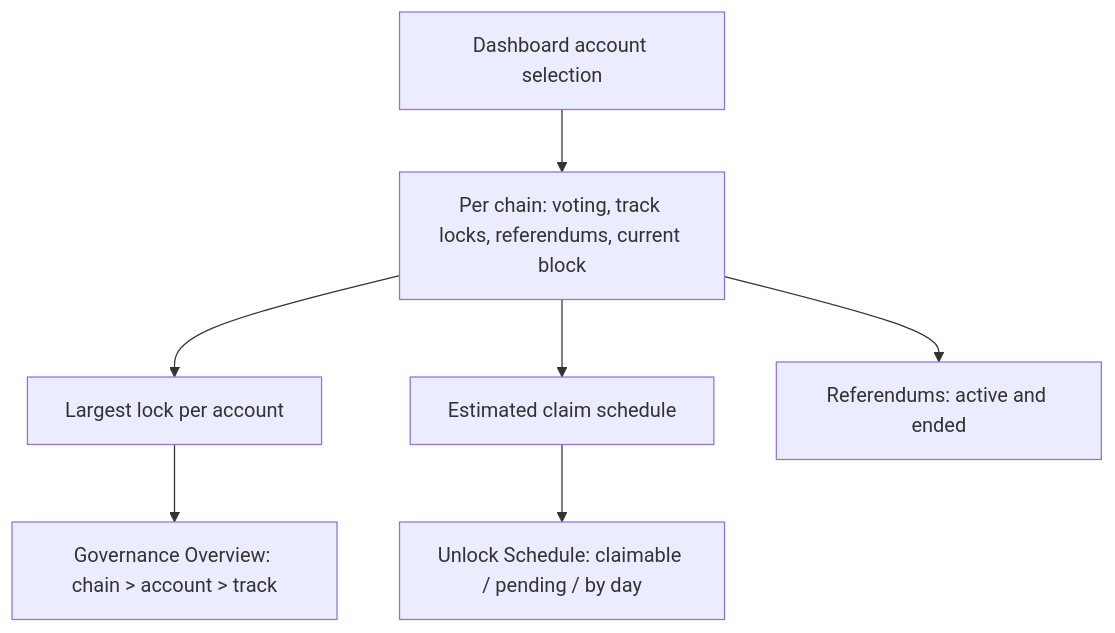
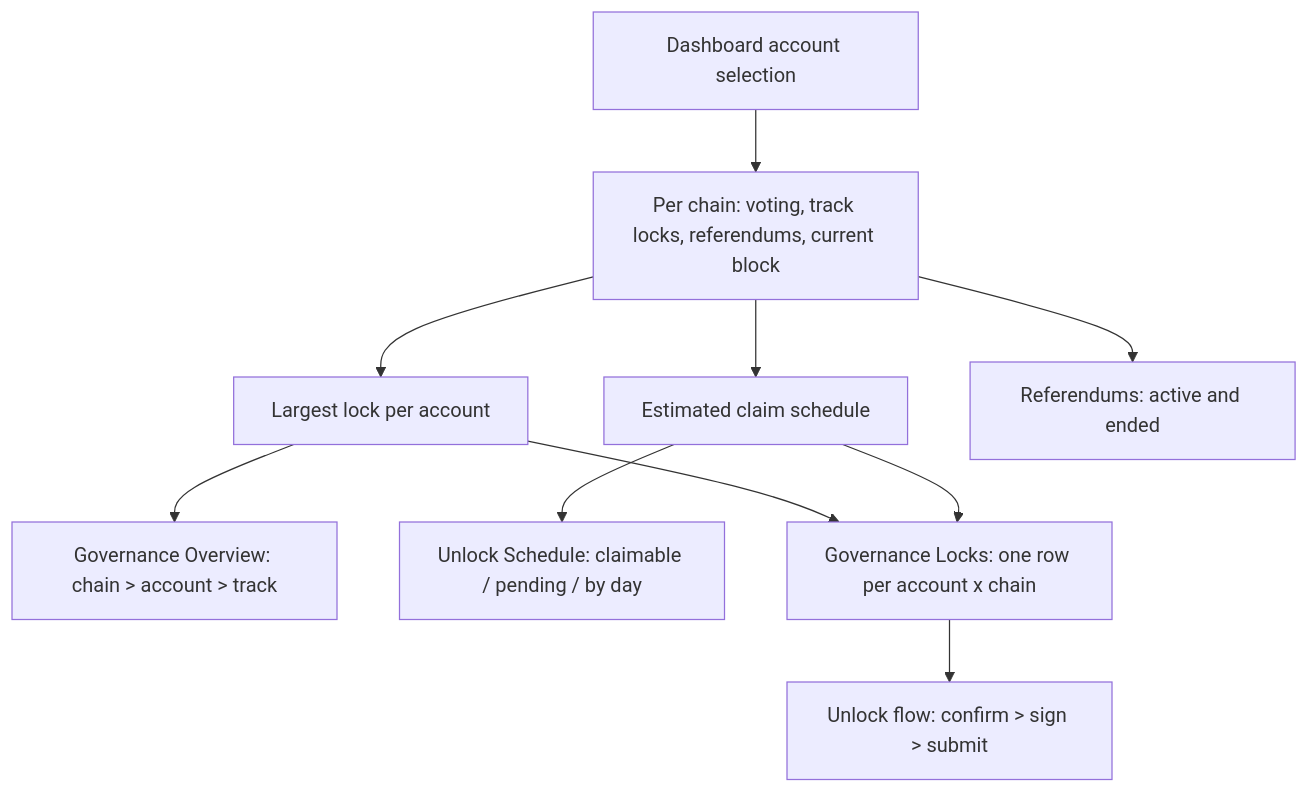
One commit to novasamatech/nova-spektr changed the diagram in src/renderer/features/dashboard-governance/README.md. Above: the diagram before and after it, drawn with Mermaid. The commit also changed other lines of this file and 5 other files, not shown here.

Commit message:
feat(dashboard): governance locks widget

````diff
--- a/src/renderer/features/dashboard-governance/README.md
+++ b/src/renderer/features/dashboard-governance/README.md
@@ -95,9 +125,12 @@
 ```mermaid
 flowchart TD
     SEL["Dashboard account selection"] --> CHAIN["Per chain: voting, track locks, referendums, current block"]
     CHAIN --> LOCK["Largest lock per account"]
     CHAIN --> SCHED["Estimated claim schedule"]
     LOCK --> OVER["Governance Overview: chain > account > track"]
     SCHED --> UNLOCK["Unlock Schedule: claimable / pending / by day"]
     CHAIN --> REFS["Referendums: active and ended"]
+    LOCK --> LOCKS["Governance Locks: one row per account x chain"]
+    SCHED --> LOCKS
+    LOCKS --> FLOW["Unlock flow: confirm > sign > submit"]
 ```
````
